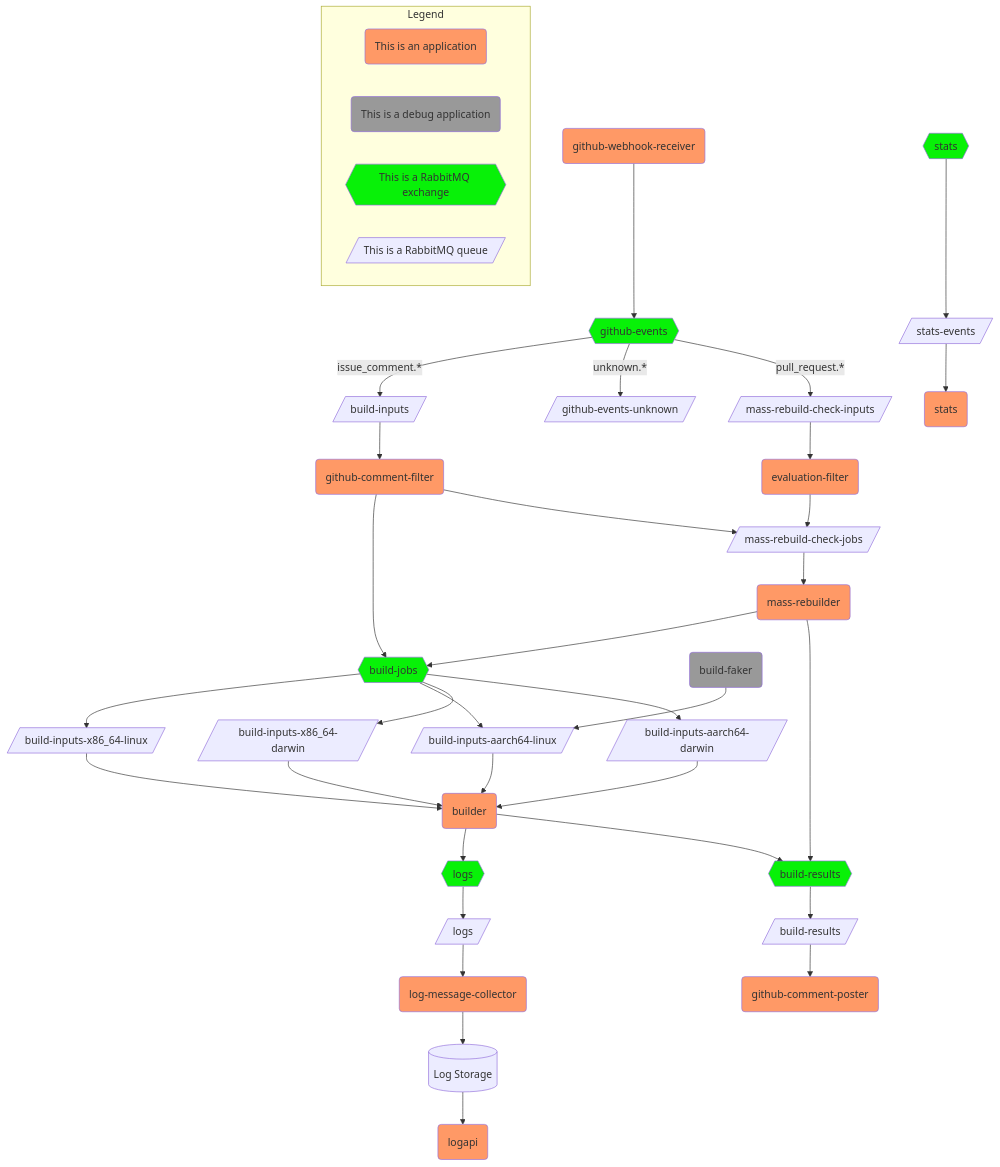
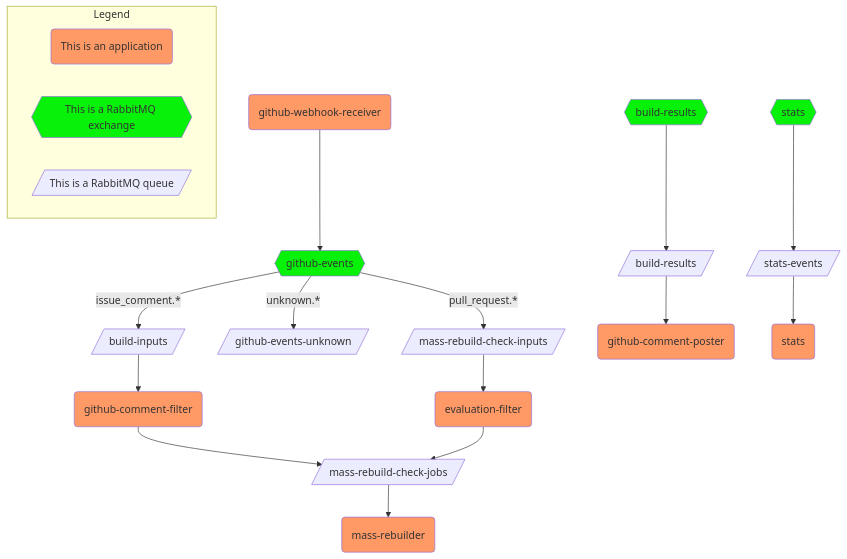
Before and after one commit to NixOS/ofborg: the diagram in Architecture.md, drawn with Mermaid. The commit also changed other lines of this file and 14 other files, not shown here.

````diff
--- a/Architecture.md
+++ b/Architecture.md
@@ -172,73 +124,41 @@
 ```mermaid
 graph
   classDef component fill:#f96
-  classDef debug fill:#999999
   classDef exc fill:#08f108
 
   subgraph Legend
     app-example(This is an application):::component
-    debug-example(This is a debug application):::debug
     exchange-example{{This is a RabbitMQ exchange}}:::exc
     queue-example[/This is a RabbitMQ queue/]
   end
 
   github-webhook-receiver(github-webhook-receiver):::component
   github-events{{github-events}}:::exc
   build-inputs[/build-inputs/]
   github-events-unknown[/github-events-unknown/]
   mass-rebuild-check-inputs[/mass-rebuild-check-inputs/]
   github-comment-filter(github-comment-filter):::component
-  build-jobs{{build-jobs}}:::exc
   evaluation-filter(evaluation-filter):::component
   mass-rebuild-check-jobs[/mass-rebuild-check-jobs/]
   mass-rebuilder(mass-rebuilder):::component
-  build-inputs-x86_64-linux[/build-inputs-x86_64-linux/]
-  build-inputs-aarch64-linux[/build-inputs-aarch64-linux/]
-  build-inputs-x86_64-darwin[/build-inputs-x86_64-darwin/]
-  build-inputs-aarch64-darwin[/build-inputs-aarch64-darwin/]
-  builder(builder):::component
-  logs{{logs}}:::exc
-  logs-queue[/logs/]
-  log-message-collector(log-message-collector):::component
-  log-storage[(Log Storage)]
-  logapi(logapi):::component
   build-results{{build-results}}:::exc
   build-results-queue[/build-results/]
   github-comment-poster(github-comment-poster):::component
   stats{{stats}}:::exc
   stats-events[/stats-events/]
   stats-rs(stats):::component
-  build-faker(build-faker):::debug
 
   github-webhook-receiver --> github-events
   github-events -->|issue_comment.*| build-inputs
   github-events -->|unknown.*| github-events-unknown
   github-events -->|pull_request.*| mass-rebuild-check-inputs
   build-inputs --> github-comment-filter
-  github-comment-filter --> build-jobs
   github-comment-filter --> mass-rebuild-check-jobs
   mass-rebuild-check-inputs --> evaluation-filter
   evaluation-filter --> mass-rebuild-check-jobs
   mass-rebuild-check-jobs --> mass-rebuilder
-  mass-rebuilder --> build-jobs
-  mass-rebuilder --> build-results
-  build-jobs --> build-inputs-x86_64-linux
-  build-jobs --> build-inputs-aarch64-linux
-  build-jobs --> build-inputs-x86_64-darwin
-  build-jobs --> build-inputs-aarch64-darwin
-  build-inputs-x86_64-linux --> builder
-  build-inputs-aarch64-linux --> builder
-  build-inputs-x86_64-darwin --> builder
-  build-inputs-aarch64-darwin --> builder
-  builder --> logs
-  builder --> build-results
-  logs --> logs-queue
-  logs-queue --> log-message-collector
-  log-message-collector --> log-storage
-  log-storage --> logapi
   build-results --> build-results-queue
   build-results-queue --> github-comment-poster
   stats --> stats-events
   stats-events --> stats-rs
-  build-faker --> build-inputs-aarch64-linux
 ```
````
